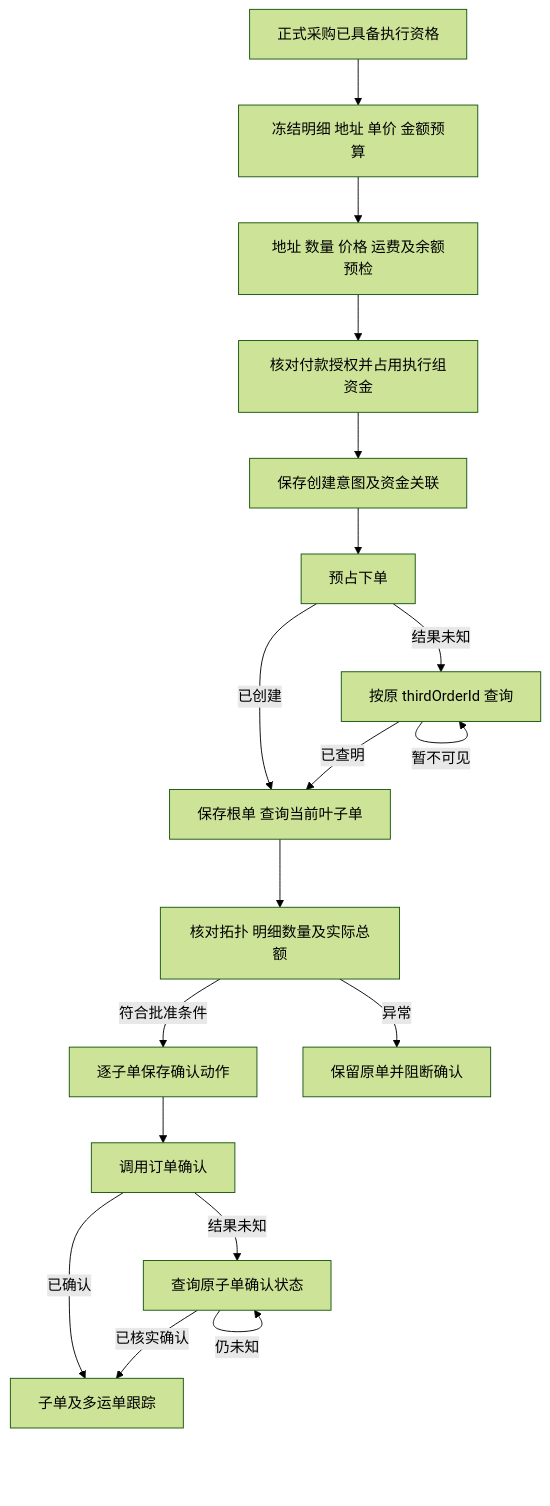
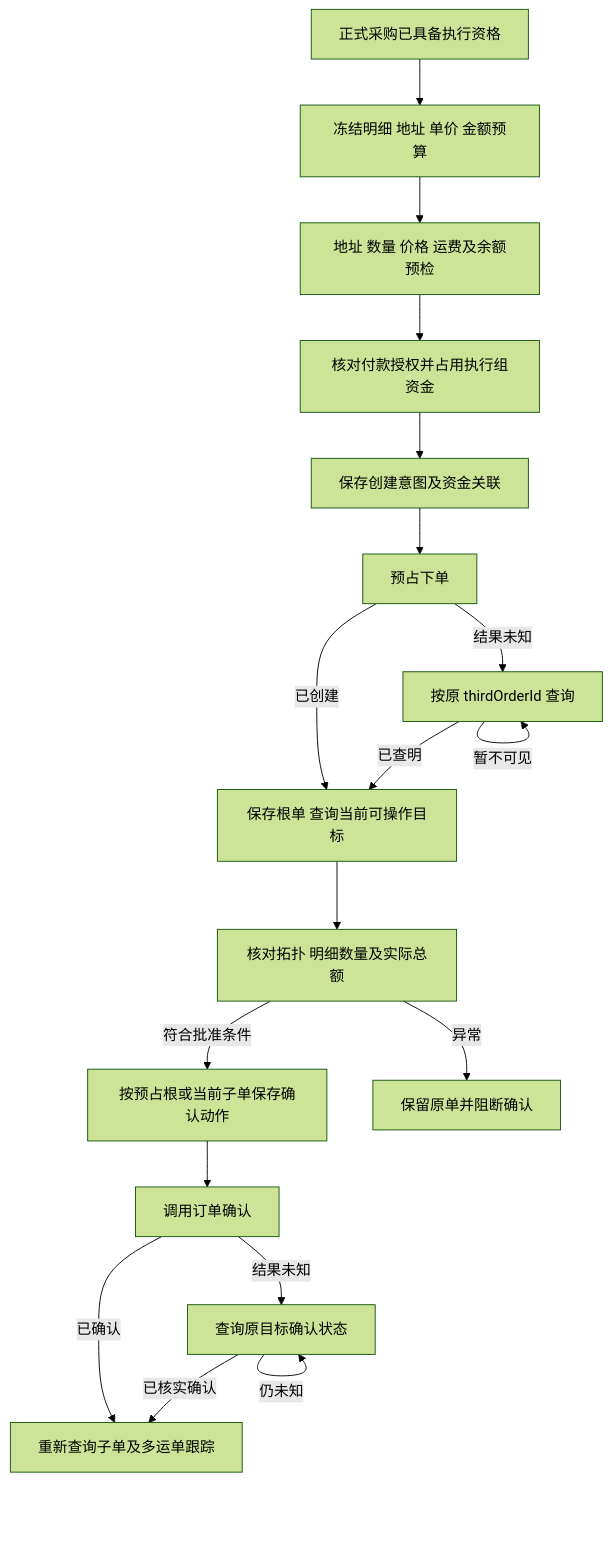
One commit to mztlive/erp changed the diagram in docs/jd-vop-integration-plan.md. Above: the diagram before and after it, drawn with Mermaid (forest theme). The commit also changed other lines of this file and 451 other files, not shown here.

````diff
--- a/docs/jd-vop-integration-plan.md
+++ b/docs/jd-vop-integration-plan.md
@@ -192,20 +248,20 @@
 ```mermaid
 flowchart TD
   A[正式采购已具备执行资格] --> B[冻结明细 地址 单价 金额预算]
   B --> C[地址 数量 价格 运费及余额预检]
   C --> P[核对付款授权并占用执行组资金]
   P --> D[保存创建意图及资金关联]
   D --> E[预占下单]
-  E -->|已创建| F[保存根单 查询当前叶子单]
+  E -->|已创建| F[保存根单 查询当前可操作目标]
   E -->|结果未知| U[按原 thirdOrderId 查询]
   U -->|已查明| F
   U -->|暂不可见| U
   F --> G[核对拓扑 明细数量及实际总额]
-  G -->|符合批准条件| H[逐子单保存确认动作]
+  G -->|符合批准条件| H[按预占根或当前子单保存确认动作]
   G -->|异常| X[保留原单并阻断确认]
   H --> I[调用订单确认]
-  I -->|结果未知| J[查询原子单确认状态]
-  I -->|已确认| K[子单及多运单跟踪]
+  I -->|结果未知| J[查询原目标确认状态]
+  I -->|已确认| K[重新查询子单及多运单跟踪]
   J -->|已核实确认| K
   J -->|仍未知| J
 ```
````
